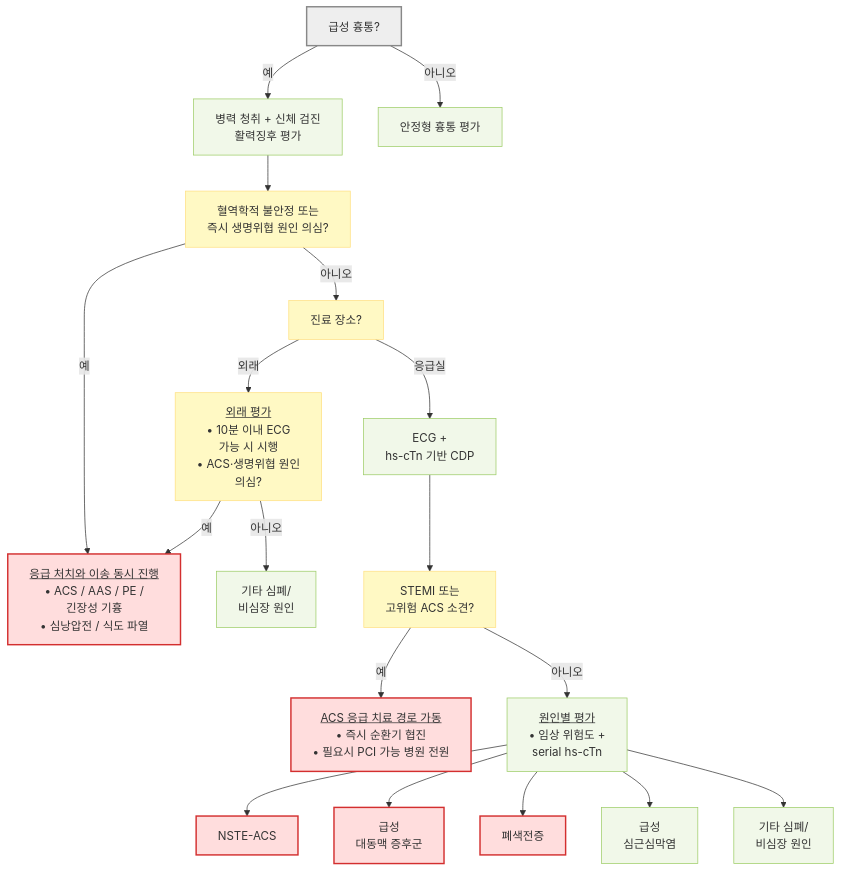
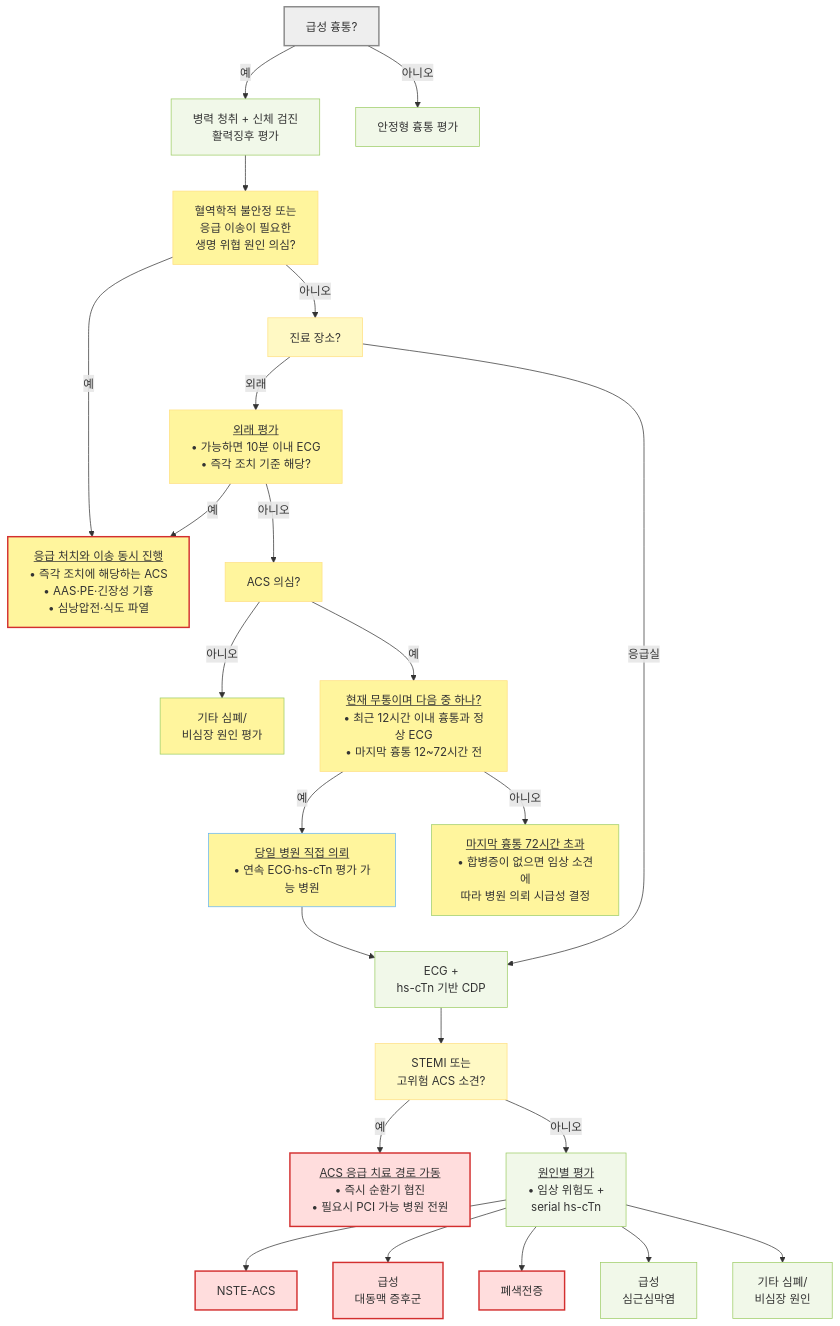
Before and after one commit to familyoh77/familyoh77: the first of 2 diagrams in 220_/002_-chest-pain.md, drawn with Mermaid. The commit also changed other lines of this file and 6 other files, not shown here.

````diff
--- a/220_/002_-chest-pain.md
+++ b/220_/002_-chest-pain.md
@@ -151,31 +154,45 @@
 ```mermaid
 flowchart TD
     A["급성 흉통?"] -- "예" --> B["병력 청취 + 신체 검진 <br/> 활력징후 평가"]
     A -- "아니오" --> Z["안정형 흉통 평가"]
-    B --> L["혈역학적 불안정 또는 <br/>즉시 생명위협 원인 의심?"]
-    L -- "예" --> R["<u>응급 처치와 이송 동시 진행</u><br/>• ACS / AAS / PE / <br/>긴장성 기흉<br/>• 심낭압전 / 식도 파열"]
+    B --> L["혈역학적 불안정 또는 <br/>응급 이송이 필요한 <br/>생명 위협 원인 의심?"]
+    L -- "예" --> R["<u>응급 처치와 이송 동시 진행</u><br/>• 즉각 조치에 해당하는 ACS<br/>• AAS·PE·긴장성 기흉<br/>• 심낭압전·식도 파열"]
     L -- "아니오" --> C["진료 장소?"]
-    C -- "외래" --> O["<u>외래 평가</u><br/>• 10분 이내 ECG <br/>가능 시 시행<br/>• ACS·생명위협 원인 <br/>의심?"]
+    C -- "외래" --> O["<u>외래 평가</u><br/>• 가능하면 10분 이내 ECG<br/>• 즉각 조치 기준 해당?"]
     C -- "응급실" --> T["ECG + <br/>hs-cTn 기반 CDP"]
     O -- "예" --> R
-    O -- "아니오" --> K1["기타 심폐/ <br/>비심장 원인"]
+    O -- "아니오" --> U["ACS 의심?"]
+    U -- "아니오" --> K1["기타 심폐/<br/>비심장 원인 평가"]
+    U -- "예" --> V["<u>현재 무통이며 다음 중 하나?</u><br/>• 최근 12시간 이내 흉통과 정상 ECG<br/>• 마지막 흉통 12~72시간 전"]
+    V -- "예" --> W["<u>당일 병원 직접 의뢰</u><br/>• 연속 ECG·hs-cTn 평가 가능 병원"]
+    V -- "아니오" --> X["<u>마지막 흉통 72시간 초과</u><br/>• 합병증이 없으면 임상 소견에<br/>따라 병원 의뢰 시급성 결정"]
+    W --> T
     T --> Q["STEMI 또는 <br/>고위험 ACS 소견?"]
     Q -- "예" --> D["<u>ACS 응급 치료 경로 가동</u><br/>• 즉시 순환기 협진<br/>• 필요시 PCI 가능 병원 전원"]
     Q -- "아니오" --> E["<u>원인별 평가</u><br/>• 임상 위험도 + <br/>serial hs-cTn"]
     E --> G["NSTE-ACS"]
     E --> H["급성 <br/>대동맥 증후군"]
     E --> I["폐색전증"]
     E --> J["급성 <br/>심근심막염"]
     E --> K["기타 심폐/ <br/>비심장 원인"]
     classDef start fill:#eeeeee,stroke:#888888,stroke-width:2px
     classDef question fill:#fff9c4,stroke:#ffe082
     classDef emergency fill:#ffdddd,stroke:#d32f2f,stroke-width:2px
     classDef evaluation fill:#f1f8e9,stroke:#9ccc65
     classDef treatment fill:#e3f2fd,stroke:#64b5f6
     class A start
-    class L,C,O,Q question
+    class L,C,O,Q,U,V question
     class R,D,G,H,I emergency
-    class B,Z,T,E,J,K,K1 evaluation
+    class B,Z,T,E,J,K,K1,X evaluation
+    class W treatment
 
 
+    style K1 fill:#fff59d
+    style L fill:#fff59d
+    style O fill:#fff59d
+    style R fill:#fff59d
+    style U fill:#fff59d
+    style V fill:#fff59d
+    style W fill:#fff59d
+    style X fill:#fff59d
 ```
````
